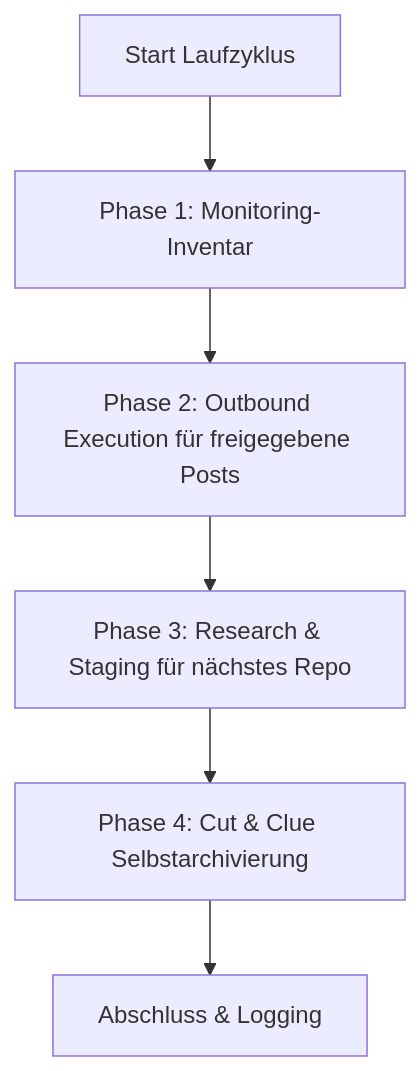
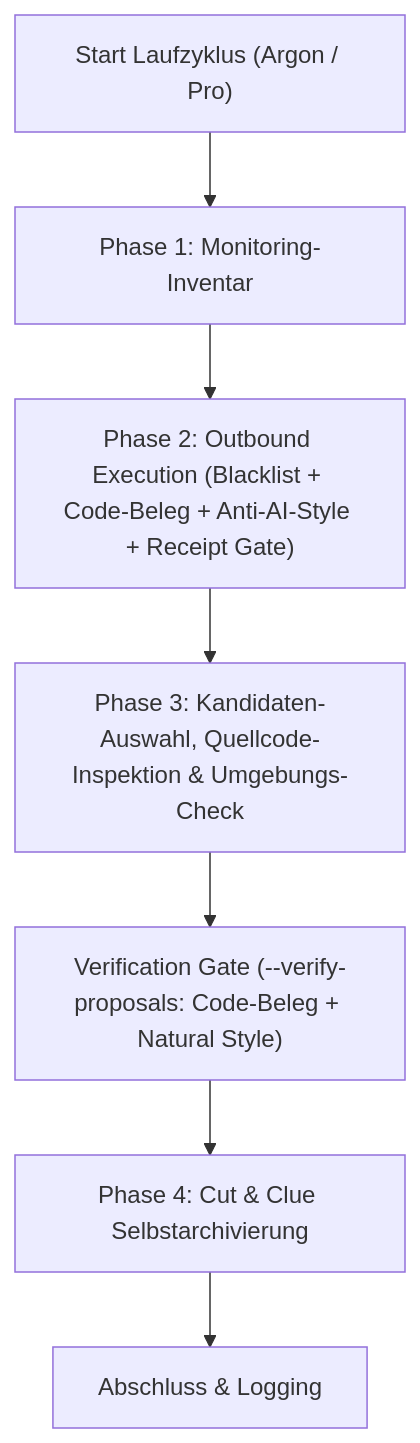
The diagram in skills/dev/community-outreach/SKILL.md (ellmos-ai/skills), drawn with Mermaid before and after one commit. The commit also changed other lines of this file and 583 other files, not shown here.

````diff
--- a/skills/dev/community-outreach/SKILL.md
+++ b/skills/dev/community-outreach/SKILL.md
@@ -78,8 +95,9 @@
 ```mermaid
 flowchart TD
-    A[Start Laufzyklus] --> B[Phase 1: Monitoring-Inventar]
-    B --> C[Phase 2: Outbound Execution für freigegebene Posts]
-    C --> D[Phase 3: Research & Staging für nächstes Repo]
-    D --> E[Phase 4: Cut & Clue Selbstarchivierung]
-    E --> F[Abschluss & Logging]
+    A["Start Laufzyklus (Argon / Pro)"] --> B["Phase 1: Monitoring-Inventar"]
+    B --> C["Phase 2: Outbound Execution (Blacklist + Code-Beleg + Anti-AI-Style + Receipt Gate)"]
+    C --> D["Phase 3: Kandidaten-Auswahl, Quellcode-Inspektion & Umgebungs-Check"]
+    D --> E["Verification Gate (--verify-proposals: Code-Beleg + Natural Style)"]
+    E --> F["Phase 4: Cut & Clue Selbstarchivierung"]
+    F --> G["Abschluss & Logging"]
 ```
````
